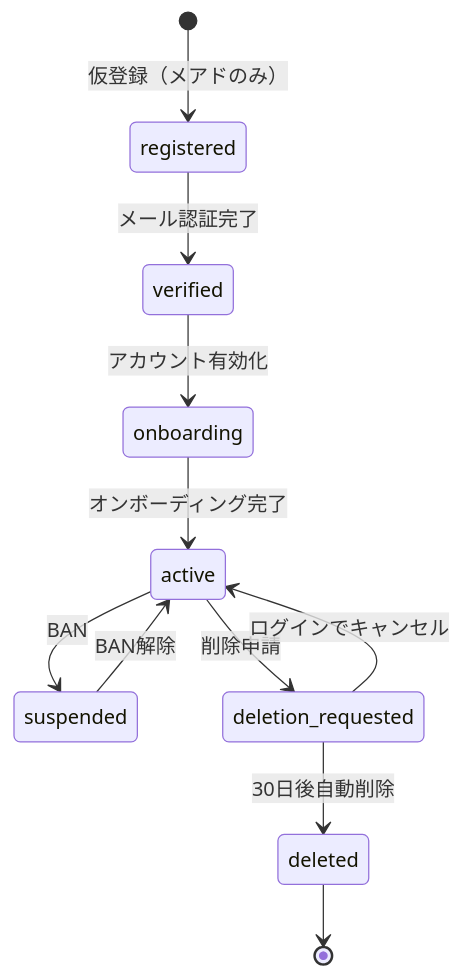
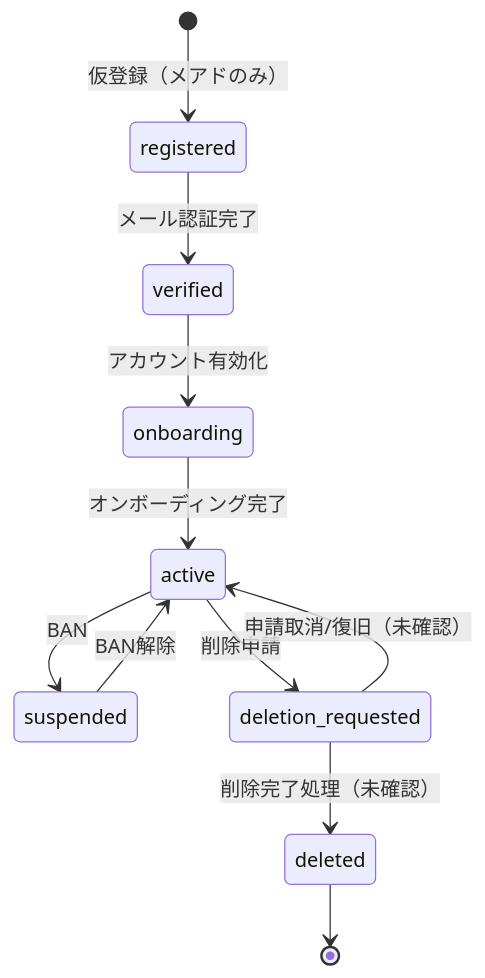
The seventh of 17 diagrams in notes/09_state_machines.md (mashimabizz/Megrum_design), drawn with Mermaid before and after one commit. The commit also changed other lines of this file and 43 other files, not shown here.

````diff
--- a/notes/09_state_machines.md
+++ b/notes/09_state_machines.md
@@ -442,16 +444,16 @@
 ```mermaid
 stateDiagram-v2
     [*] --> registered: 仮登録（メアドのみ）
     registered --> verified: メール認証完了
     verified --> onboarding: アカウント有効化
     onboarding --> active: オンボーディング完了
 
     active --> suspended: BAN
     suspended --> active: BAN解除
 
     active --> deletion_requested: 削除申請
-    deletion_requested --> deleted: 30日後自動削除
-    deletion_requested --> active: ログインでキャンセル
+    deletion_requested --> deleted: 削除完了処理（未確認）
+    deletion_requested --> active: 申請取消/復旧（未確認）
 
     deleted --> [*]
 ```
````
